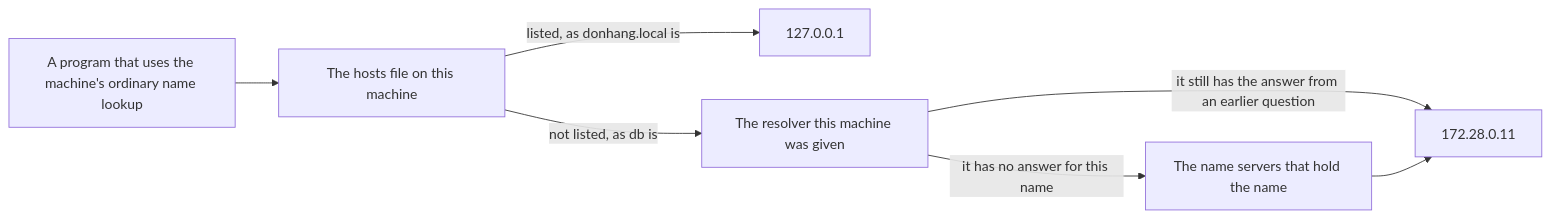
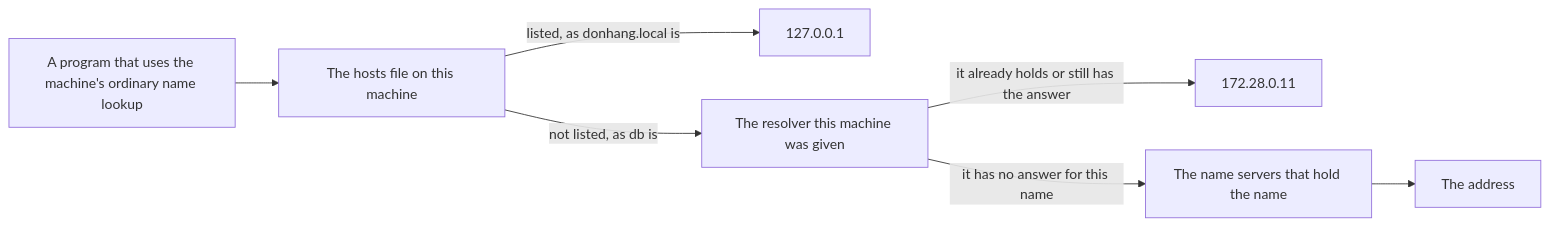
The diagram in content/tracks/foundation/network/foundation.l1.dns.en.md (duyan11110/lo-trinh-architect), drawn with Mermaid before and after one commit. The commit also changed other lines of this file and 314 other files, not shown here.

````diff
--- a/content/tracks/foundation/network/foundation.l1.dns.en.md
+++ b/content/tracks/foundation/network/foundation.l1.dns.en.md
@@ -41,9 +41,9 @@
 ```mermaid
 flowchart LR
   P["A program that uses the machine's ordinary name lookup"] --> H["The hosts file on this machine"]
   H -->|listed, as donhang.local is| L["127.0.0.1"]
   H -->|not listed, as db is| R["The resolver this machine was given"]
-  R -->|it still has the answer from an earlier question| A["172.28.0.11"]
+  R -->|it already holds or still has the answer| A["172.28.0.11"]
   R -->|it has no answer for this name| U["The name servers that hold the name"]
-  U --> A
+  U --> B["The address"]
 ```
````
